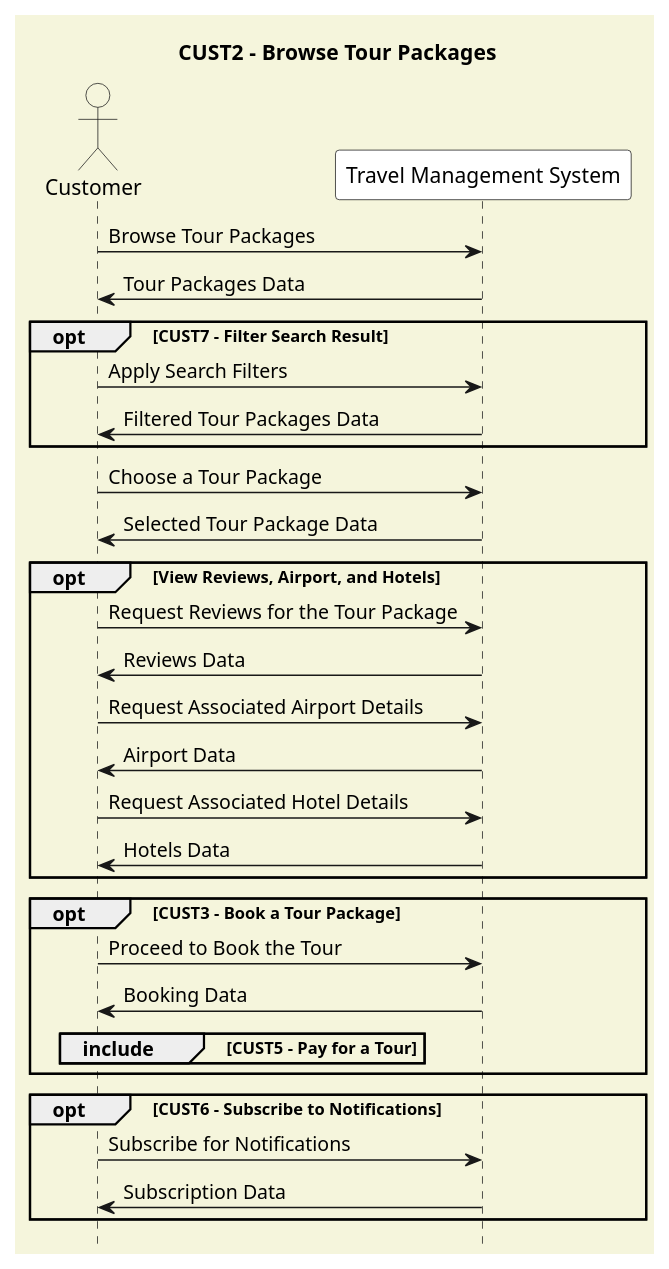
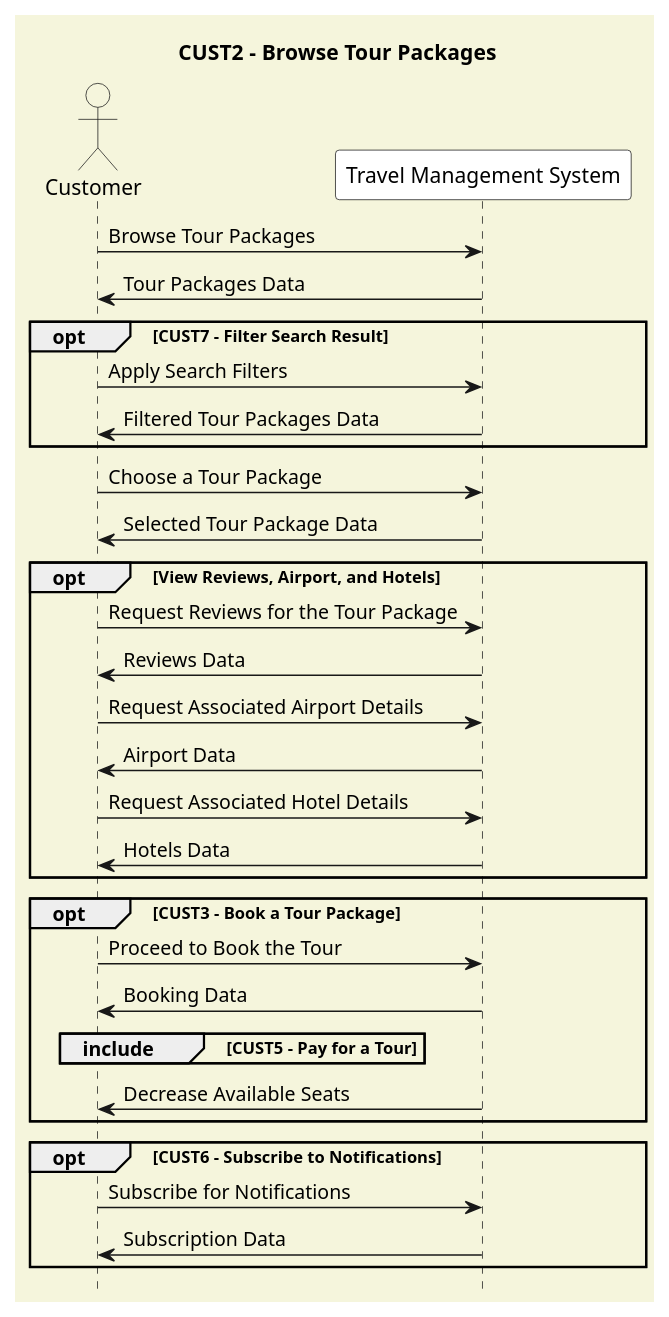
One commit to Hares-2088/TravelTrove changed the diagram in diagrams/SSD/sprint 2/CUST2.puml. Above: the diagram before and after it, drawn with PlantUML. The commit also changed 9 other files, not shown here.

Commit message:
Diagrams finished for modified package after seating logic adding.

```diff
--- a/diagrams/SSD/sprint 2/CUST2.puml
+++ b/diagrams/SSD/sprint 2/CUST2.puml
@@ -1,45 +1,47 @@
 @startuml
 title CUST2 - Browse Tour Packages
 
 skinparam backgroundColor #F5F5DC
 hide footbox
 
 actor Customer #F5F5DC
 participant "Travel Management System" as TMS #FFFFFF
 
 Customer -> TMS : Browse Tour Packages
 TMS -> Customer : Tour Packages Data
 
 opt CUST7 - Filter Search Result
     Customer -> TMS : Apply Search Filters
     TMS -> Customer : Filtered Tour Packages Data
 end
 
 Customer -> TMS : Choose a Tour Package
 TMS -> Customer : Selected Tour Package Data
 
 opt View Reviews, Airport, and Hotels
     Customer -> TMS : Request Reviews for the Tour Package
     TMS -> Customer : Reviews Data
 
     Customer -> TMS : Request Associated Airport Details
     TMS -> Customer : Airport Data
 
     Customer -> TMS : Request Associated Hotel Details
     TMS -> Customer : Hotels Data
 end
 
 opt CUST3 - Book a Tour Package
     Customer -> TMS : Proceed to Book the Tour
     TMS -> Customer : Booking Data
 
     group include [CUST5 - Pay for a Tour]
     end
+
+    TMS -> Customer : Decrease Available Seats
 end
 
 opt CUST6 - Subscribe to Notifications
     Customer -> TMS : Subscribe for Notifications
     TMS -> Customer : Subscription Data
 end
 
 @enduml
```
